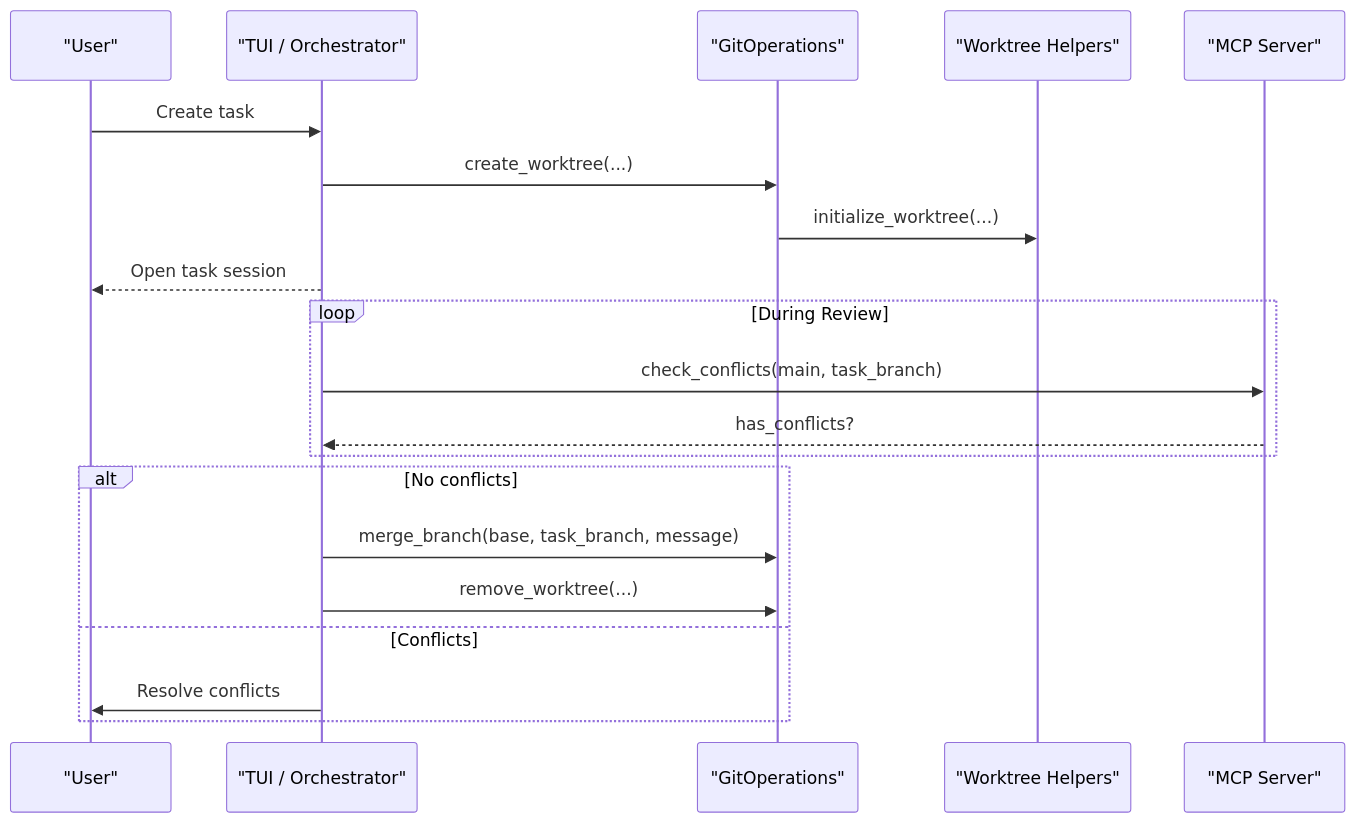
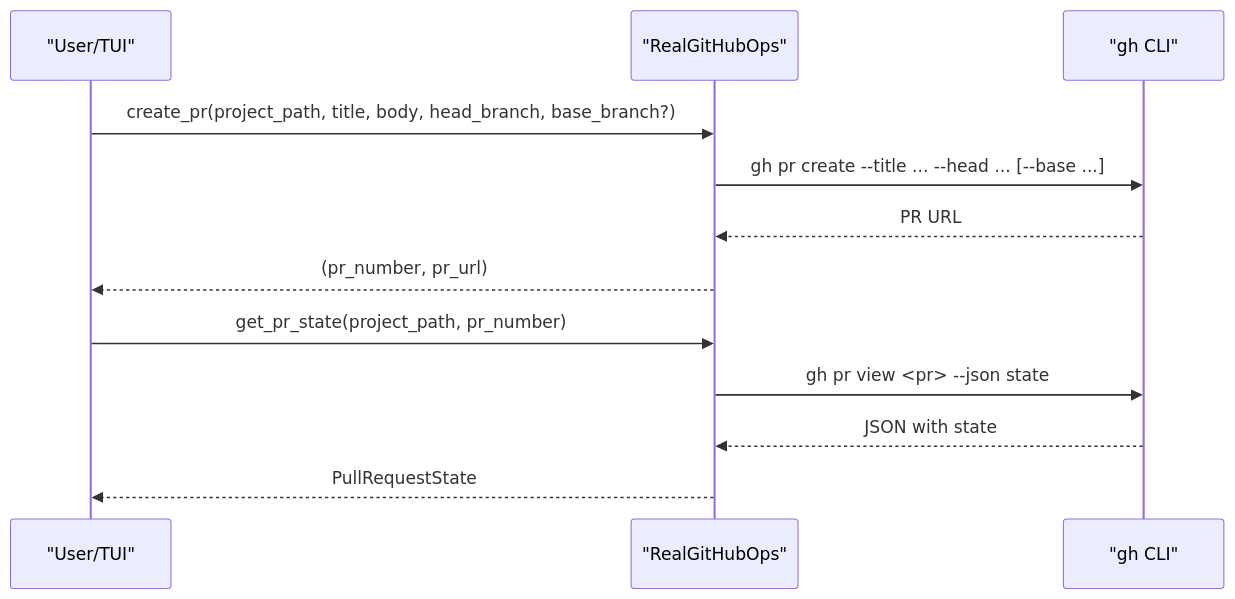
One commit to bramburn/agtx changed the sixth of 7 diagrams in .qoder/repowiki/en/content/Git Integration/Git Integration.md. Above: the diagram before and after it, drawn with Mermaid. The commit also changed other lines of this file and 140 other files, not shown here.

````diff
--- a/.qoder/repowiki/en/content/Git Integration/Git Integration.md
+++ b/.qoder/repowiki/en/content/Git Integration/Git Integration.md
@@ -269,22 +240,14 @@
 ```mermaid
 sequenceDiagram
-participant User as "User"
-participant TUI as "TUI / Orchestrator"
-participant GitOps as "GitOperations"
-participant WTree as "Worktree Helpers"
-participant MCP as "MCP Server"
-User->>TUI : Create task
-TUI->>GitOps : create_worktree(...)
-GitOps->>WTree : initialize_worktree(...)
-TUI-->>User : Open task session
-loop During Review
-TUI->>MCP : check_conflicts(main, task_branch)
-MCP-->>TUI : has_conflicts?
-end
-alt No conflicts
-TUI->>GitOps : merge_branch(base, task_branch, message)
-TUI->>GitOps : remove_worktree(...)
-else Conflicts
-TUI->>User : Resolve conflicts
-end
+participant User as "User/TUI"
+participant Provider as "RealGitHubOps"
+participant CLI as "gh CLI"
+User->>Provider : create_pr(project_path, title, body, head_branch, base_branch?)
+Provider->>CLI : gh pr create --title ... --head ... [--base ...]
+CLI-->>Provider : PR URL
+Provider-->>User : (pr_number, pr_url)
+User->>Provider : get_pr_state(project_path, pr_number)
+Provider->>CLI : gh pr view <pr> --json state
+CLI-->>Provider : JSON with state
+Provider-->>User : PullRequestState
 ```
````
